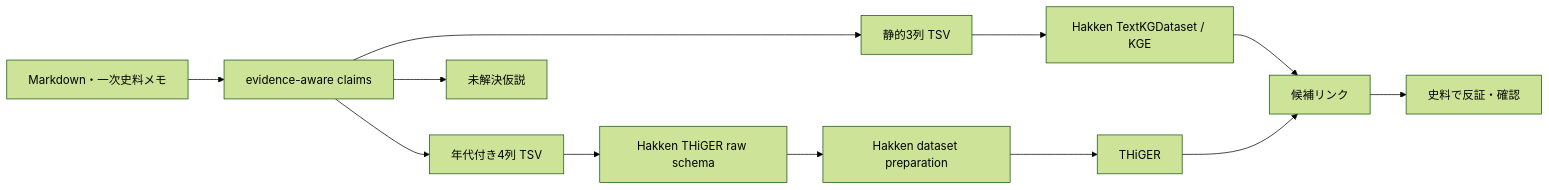
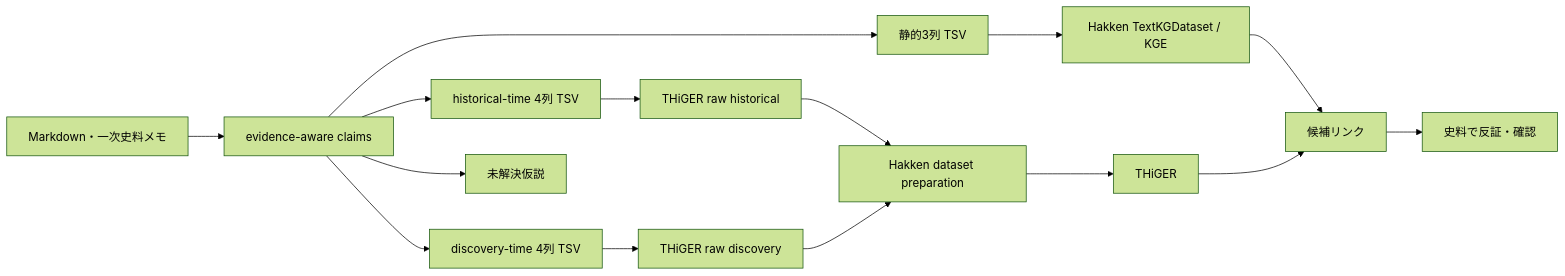
Before and after one commit to yuubinnkyoku/otowa-ankyoscape: the diagram in docs/HakkenOSS接続.md, drawn with Mermaid (forest theme). The commit also changed other lines of this file, not shown here.

Commit message:
Document historical and discovery-time Hakken paths

````diff
--- a/docs/HakkenOSS接続.md
+++ b/docs/HakkenOSS接続.md
@@ -229,14 +294,17 @@
 ```mermaid
 flowchart LR
     A[Markdown・一次史料メモ] --> B[evidence-aware claims]
     B --> C[静的3列 TSV]
-    B --> D[年代付き4列 TSV]
-    D --> E[Hakken THiGER raw schema]
+    B --> D[historical-time 4列 TSV]
+    B --> E[discovery-time 4列 TSV]
     C --> F[Hakken TextKGDataset / KGE]
-    E --> G[Hakken dataset preparation]
-    G --> H[THiGER]
-    B --> I[未解決仮説]
-    F --> J[候補リンク]
-    H --> J
-    J --> K[史料で反証・確認]
+    D --> G[THiGER raw historical]
+    E --> H[THiGER raw discovery]
+    G --> I[Hakken dataset preparation]
+    H --> I
+    I --> J[THiGER]
+    B --> K[未解決仮説]
+    F --> L[候補リンク]
+    J --> L
+    L --> M[史料で反証・確認]
 ```
````
